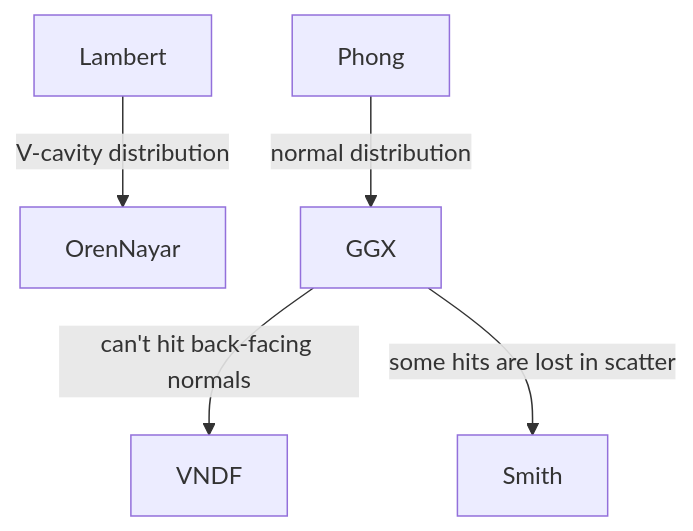
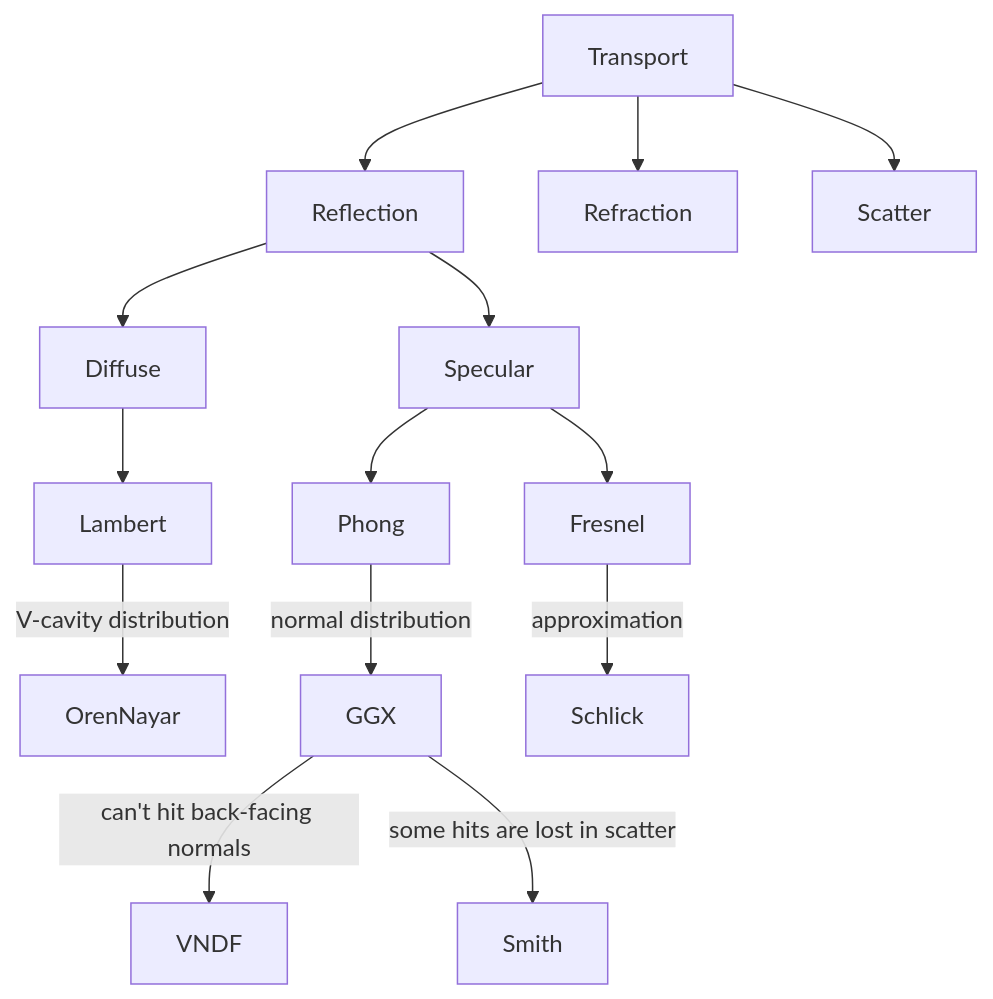
One commit to kvark/graphics changed the diagram in README.md. Above: the diagram before and after it, drawn with Mermaid.

Commit message:
Add light transport basics, more links

````diff
--- a/README.md
+++ b/README.md
@@ -4,8 +4,21 @@
 ```mermaid
   graph TD;
+      Transport --> Reflection;
+      Transport --> Refraction;
+      Transport --> Scatter;
+      Reflection --> Diffuse;
+      Reflection --> Specular;
+      Diffuse --> Lambert;
+      Specular --> Phong;
+      Specular --> Fresnel;
+      click Fresnel "https://www.brown.edu/research/labs/mittleman/sites/brown.edu.research.labs.mittleman/files/uploads/lecture13_0.pdf" _blank
+      Fresnel --> |approximation| Schlick;
+      click Schlick "http://igorsklyar.com/system/documents/papers/28/Schlick94.pdf" _blank
       Lambert --> |V-cavity distribution| OrenNayar;
+      click OrenNayar "https://www1.cs.columbia.edu/CAVE/publications/pdfs/Oren_SIGGRAPH94.pdf" _blank
       Phong --> |normal distribution| GGX;
+      click GGX "http://www.cs.cornell.edu/~srm/publications/EGSR07-btdf.pdf" _blank
       GGX --> |can't hit back-facing normals| VNDF;
       click VNDF "https://jcgt.org/published/0007/04/01/paper.pdf" _blank
       GGX --> |some hits are lost in scatter| Smith;
 ```
````
